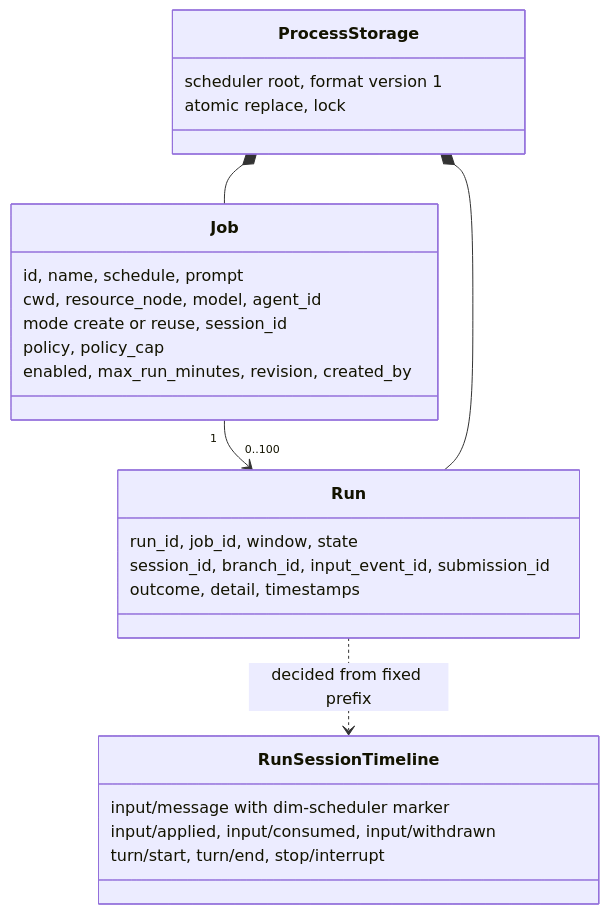
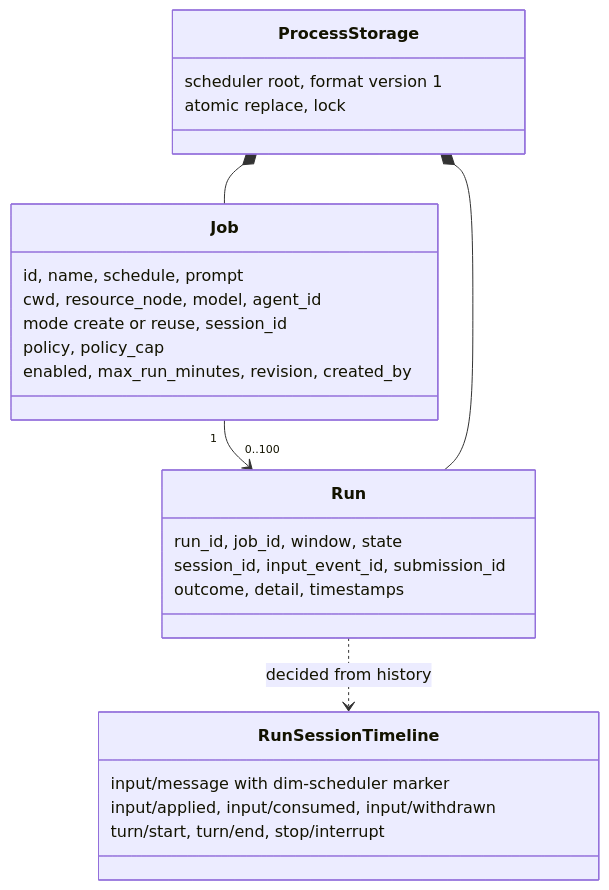
The second of 6 diagrams in docs/design/plugins/Scheduler.md (CoutinhoTTS/dim-agent), drawn with Mermaid before and after one commit. The commit also changed other lines of this file and 3 other files, not shown here.

````diff
--- a/docs/design/plugins/Scheduler.md
+++ b/docs/design/plugins/Scheduler.md
@@ -55,28 +49,28 @@
 ```mermaid
 classDiagram
   class Job {
     id, name, schedule, prompt
     cwd, resource_node, model, agent_id
     mode create or reuse, session_id
     policy, policy_cap
     enabled, max_run_minutes, revision, created_by
   }
   class Run {
     run_id, job_id, window, state
-    session_id, branch_id, input_event_id, submission_id
+    session_id, input_event_id, submission_id
     outcome, detail, timestamps
   }
   class ProcessStorage {
     scheduler root, format version 1
     atomic replace, lock
   }
   class RunSessionTimeline {
     input/message with dim-scheduler marker
     input/applied, input/consumed, input/withdrawn
     turn/start, turn/end, stop/interrupt
   }
   Job "1" --> "0..100" Run
   ProcessStorage *-- Job
   ProcessStorage *-- Run
-  Run ..> RunSessionTimeline : decided from fixed prefix
+  Run ..> RunSessionTimeline : decided from history
 ```
````
